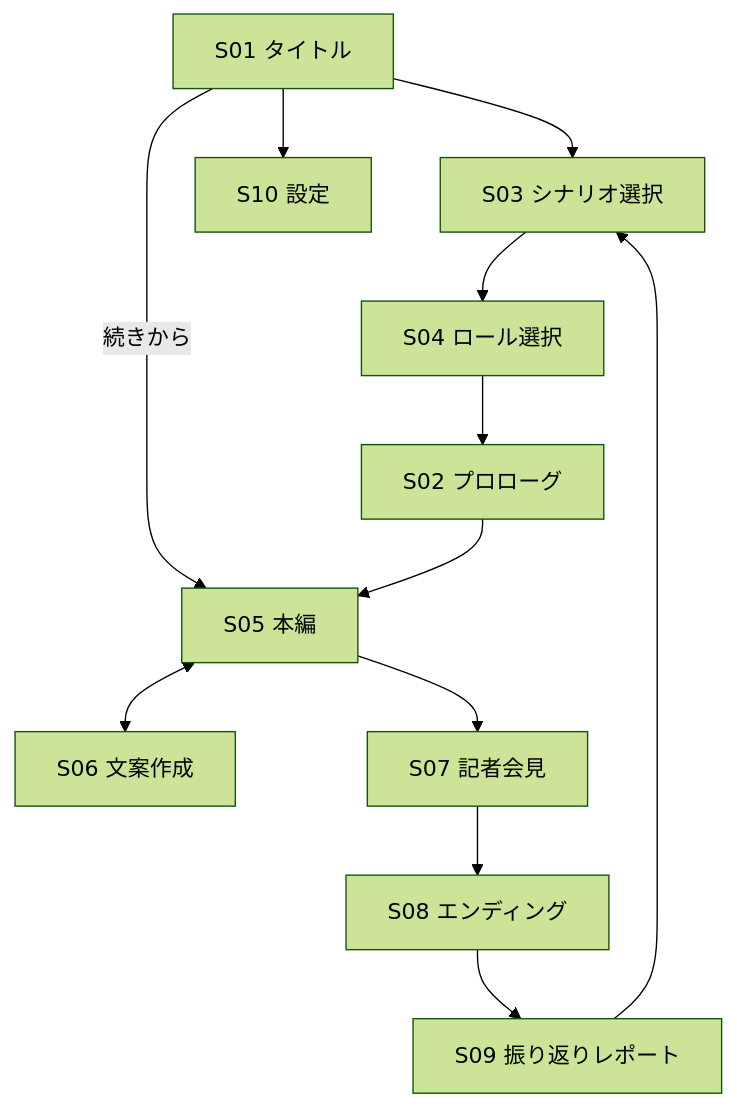
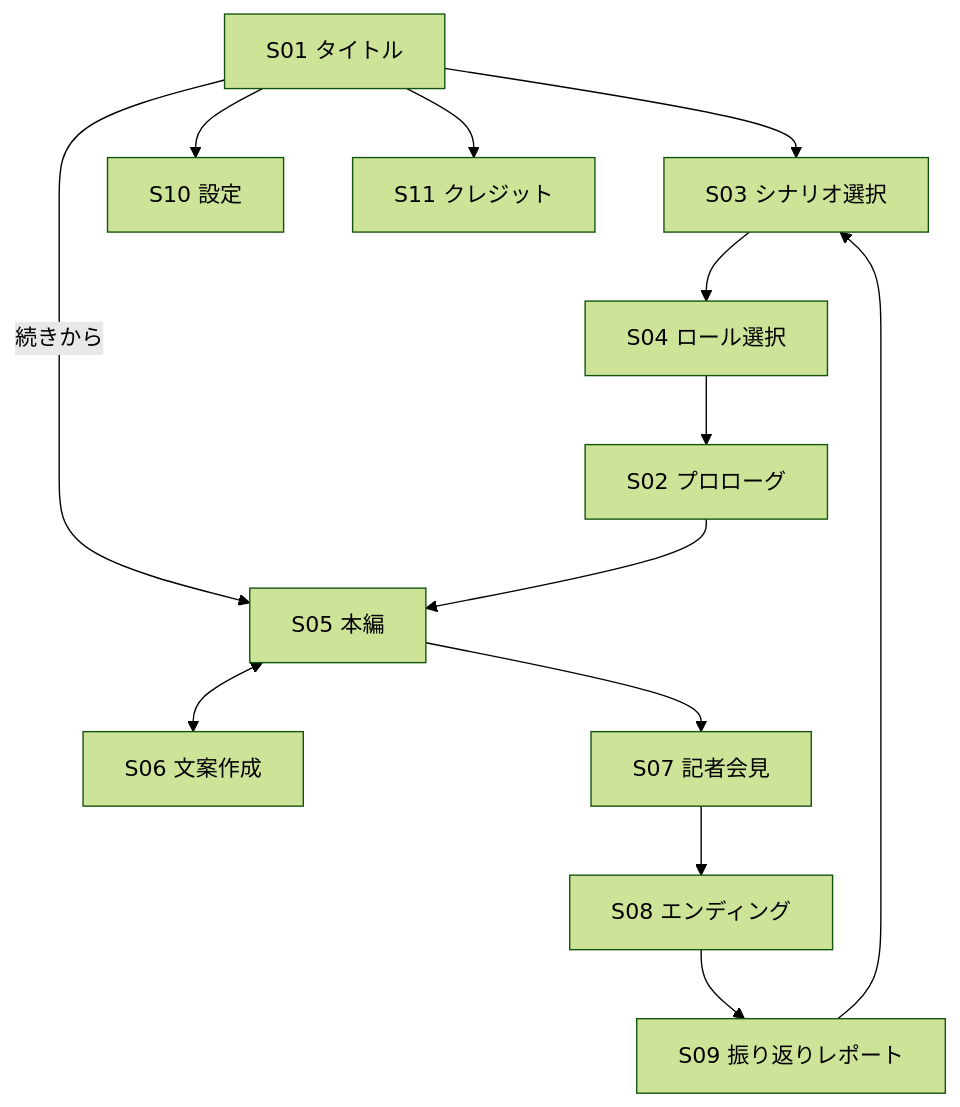
One commit to itsumonotakumi/you-think-you-can-do-better changed the second of 4 diagrams in docs/basic-design-ja.md. Above: the diagram before and after it, drawn with Mermaid (forest theme). The commit also changed other lines of this file and 4 other files, not shown here.

````diff
--- a/docs/basic-design-ja.md
+++ b/docs/basic-design-ja.md
@@ -111,14 +118,15 @@
 ```mermaid
 flowchart TD
   S01[S01 タイトル] --> S03[S03 シナリオ選択]
   S01 -->|続きから| S05
   S03 --> S04[S04 ロール選択]
   S04 --> S02[S02 プロローグ]
   S02 --> S05[S05 本編]
   S05 <--> S06[S06 文案作成]
   S05 --> S07[S07 記者会見]
   S07 --> S08[S08 エンディング]
   S08 --> S09[S09 振り返りレポート]
   S09 --> S03
   S01 --> S10[S10 設定]
+  S01 --> S11[S11 クレジット]
 ```
````
